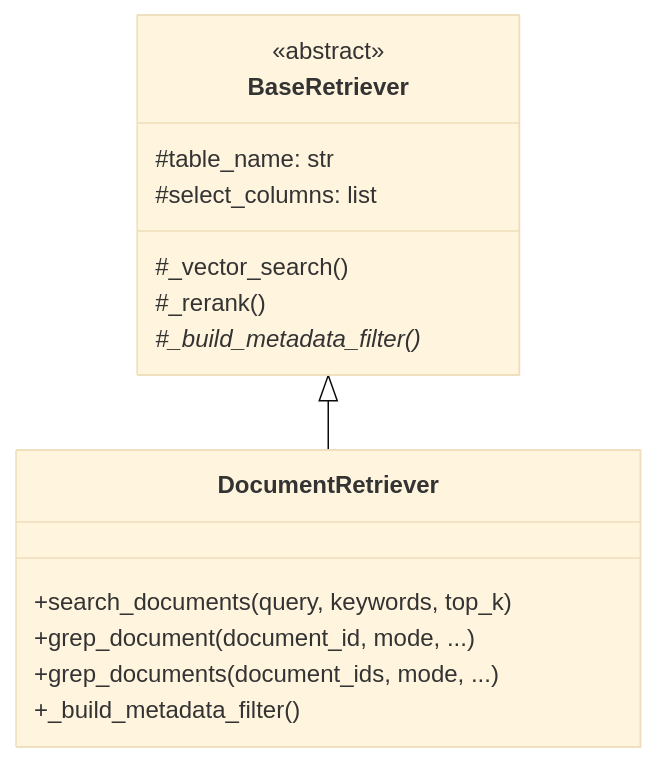
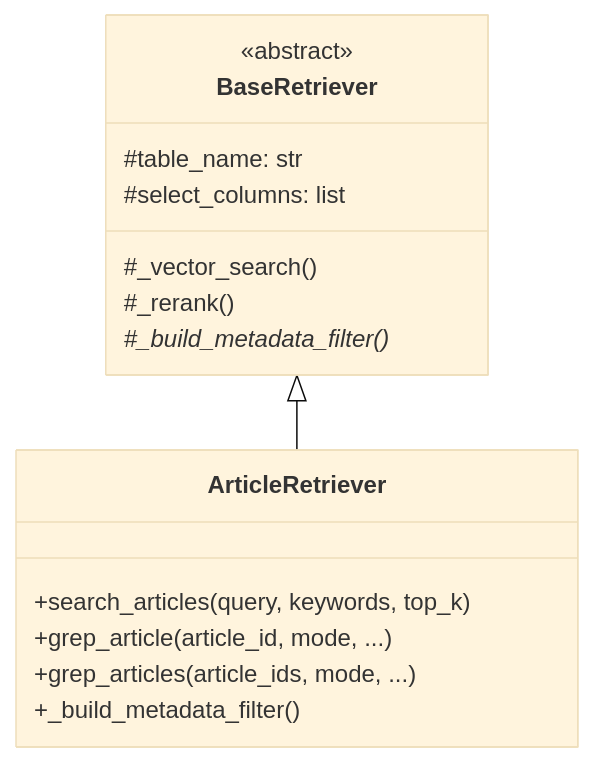
One commit to MEO-wj/OA_Reader_APP changed the eighth of 12 diagrams in ai_end_refactor/README.md. Above: the diagram before and after it, drawn with Mermaid (base theme). The commit also changed other lines of this file and 48 other files, not shown here.

````diff
--- a/ai_end_refactor/README.md
+++ b/ai_end_refactor/README.md
@@ -530,20 +530,20 @@
 ```mermaid
 classDiagram
     class BaseRetriever {
         <<abstract>>
         #table_name: str
         #select_columns: list
         #_vector_search()
         #_rerank()
         #_build_metadata_filter()*
     }
 
-    class DocumentRetriever {
-        +search_documents(query, keywords, top_k)
-        +grep_document(document_id, mode, ...)
-        +grep_documents(document_ids, mode, ...)
+    class ArticleRetriever {
+        +search_articles(query, keywords, top_k)
+        +grep_article(article_id, mode, ...)
+        +grep_articles(article_ids, mode, ...)
         +_build_metadata_filter()
     }
 
-    BaseRetriever <|-- DocumentRetriever
+    BaseRetriever <|-- ArticleRetriever
 ```
````
